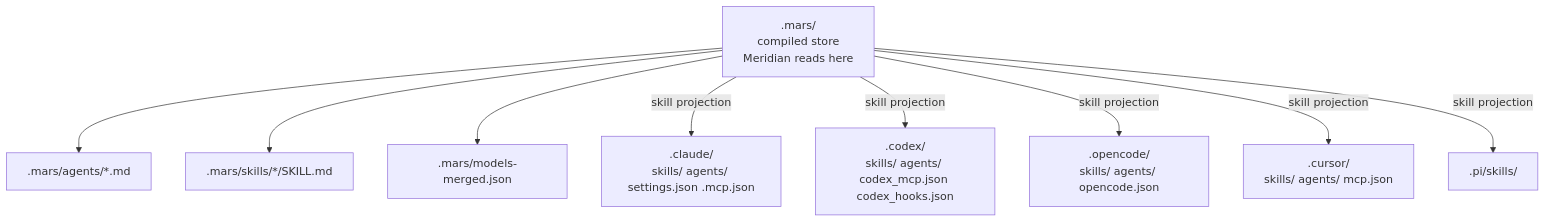
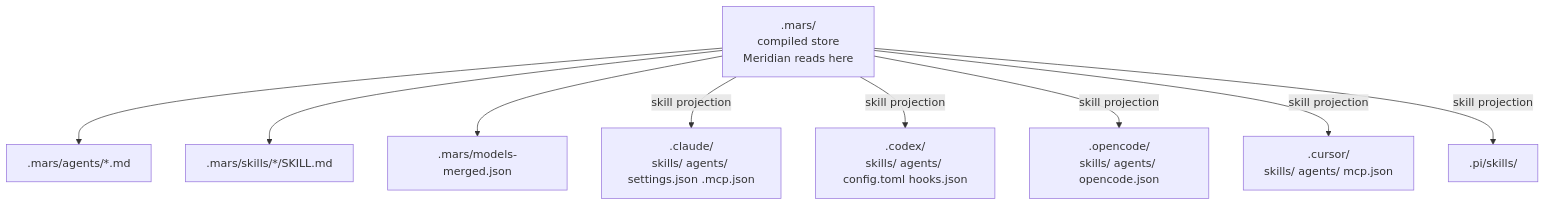
The first of 2 diagrams in kb/concepts/package-management/targeting.md (haowjy/meridian-cli-kb), drawn with Mermaid before and after one commit. The commit also changed other lines of this file and 29 other files, not shown here.

````diff
--- a/kb/concepts/package-management/targeting.md
+++ b/kb/concepts/package-management/targeting.md
@@ -13,23 +13,23 @@
 ```mermaid
 graph TD
     MARS[".mars/\ncompiled store\nMeridian reads here"]
     AGENTS_MD[".mars/agents/*.md"]
     SKILLS_MD[".mars/skills/*/SKILL.md"]
     MODELS[".mars/models-merged.json"]
 
     CLAUDE[".claude/\nskills/ agents/ settings.json .mcp.json"]
-    CODEX[".codex/\nskills/ agents/ codex_mcp.json codex_hooks.json"]
+    CODEX[".codex/\nskills/ agents/ config.toml hooks.json"]
     OPENCODE[".opencode/\nskills/ agents/ opencode.json"]
     CURSOR[".cursor/\nskills/ agents/ mcp.json"]
     PI[".pi/skills/"]
 
     MARS --> AGENTS_MD
     MARS --> SKILLS_MD
     MARS --> MODELS
 
     MARS -->|"skill projection"| CLAUDE
     MARS -->|"skill projection"| CODEX
     MARS -->|"skill projection"| OPENCODE
     MARS -->|"skill projection"| CURSOR
     MARS -->|"skill projection"| PI
 ```
````
